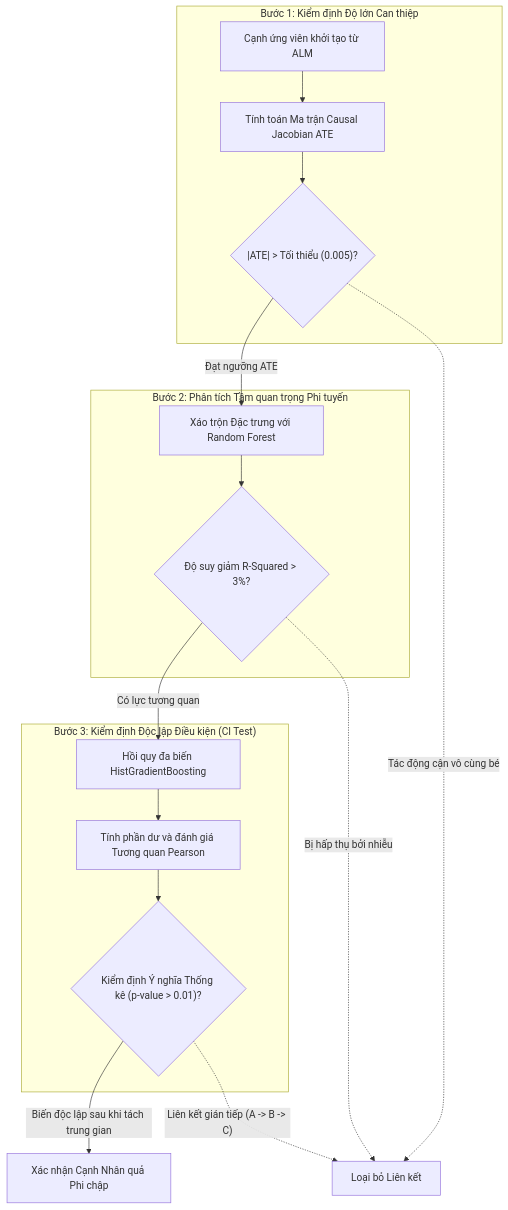
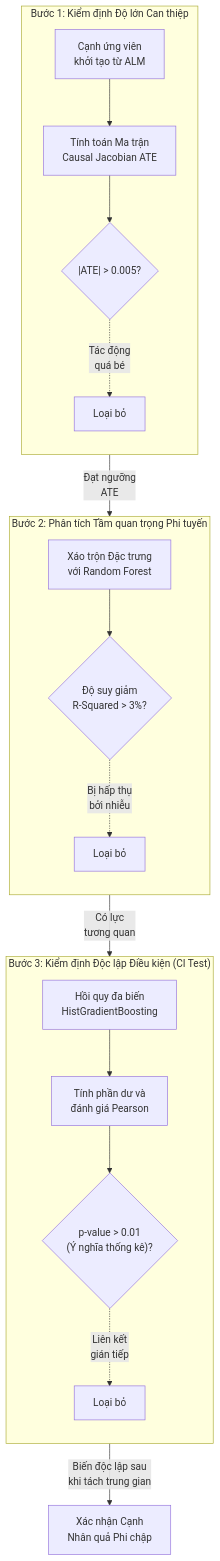
Before and after one commit to manhthai1706/DeepANM: the sixth of 6 diagrams in docx/Chuong2_MoHinhDeepANM.md, drawn with Mermaid.

Commit message:
Docs: Compress Figure 2.6 diagram to prevent oversized rendering

````diff
--- a/docx/Chuong2_MoHinhDeepANM.md
+++ b/docx/Chuong2_MoHinhDeepANM.md
@@ -188,26 +188,28 @@
 ```mermaid
 graph TD
-    Raw["Cạnh ứng viên khởi tạo từ ALM"]
+    Raw["Cạnh ứng viên<br/>khởi tạo từ ALM"]
     
     subgraph Gate1 ["Bước 1: Kiểm định Độ lớn Can thiệp"]
-        Raw --> Jacobian["Tính toán Ma trận Causal Jacobian ATE"]
-        Jacobian --> Cond1{"|ATE| > Tối thiểu (0.005)?"}
+        direction TB
+        Raw --> Jacobian["Tính toán Ma trận<br/>Causal Jacobian ATE"]
+        Jacobian --> Cond1{"|ATE| > 0.005?"}
+        Cond1 -.-> |"Tác động<br/>quá bé"| Drop1["Loại bỏ"]
     end
     
     subgraph Gate2 ["Bước 2: Phân tích Tầm quan trọng Phi tuyến"]
-        Cond1 --> |"Đạt ngưỡng ATE"| RF["Xáo trộn Đặc trưng với Random Forest"]
-        RF --> Cond2{"Độ suy giảm R-Squared > 3%?"}
+        direction TB
+        Cond1 --> |"Đạt ngưỡng<br/>ATE"| RF["Xáo trộn Đặc trưng<br/>với Random Forest"]
+        RF --> Cond2{"Độ suy giảm<br/>R-Squared > 3%?"}
+        Cond2 -.-> |"Bị hấp thụ<br/>bởi nhiễu"| Drop2["Loại bỏ"]
     end
     
     subgraph Gate3 ["Bước 3: Kiểm định Độc lập Điều kiện (CI Test)"]
-        Cond2 --> |"Có lực tương quan"| HistGBM["Hồi quy đa biến HistGradientBoosting"]
-        HistGBM --> Pearson["Tính phần dư và đánh giá Tương quan Pearson"]
-        Pearson --> Cond3{"Kiểm định Ý nghĩa Thống kê (p-value > 0.01)?"}
+        direction TB
+        Cond2 --> |"Có lực<br/>tương quan"| HistGBM["Hồi quy đa biến<br/>HistGradientBoosting"]
+        HistGBM --> Pearson["Tính phần dư và<br/>đánh giá Pearson"]
+        Pearson --> Cond3{"p-value > 0.01\n(Ý nghĩa thống kê)?"}
+        Cond3 -.-> |"Liên kết<br/>gián tiếp"| Drop3["Loại bỏ"]
     end
     
-    Cond3 --> |"Biến độc lập sau khi tách trung gian"| Final["Xác nhận Cạnh Nhân quả Phi chập"]
-    
-    Cond1 -.-> |"Tác động cận vô cùng bé"| Drop["Loại bỏ Liên kết"]
-    Cond2 -.-> |"Bị hấp thụ bởi nhiễu"| Drop
-    Cond3 -.-> |"Liên kết gián tiếp (A -> B -> C)"| Drop
+    Cond3 --> |"Biến độc lập sau<br/>khi tách trung gian"| Final["Xác nhận Cạnh<br/>Nhân quả Phi chập"]
 ```
````
